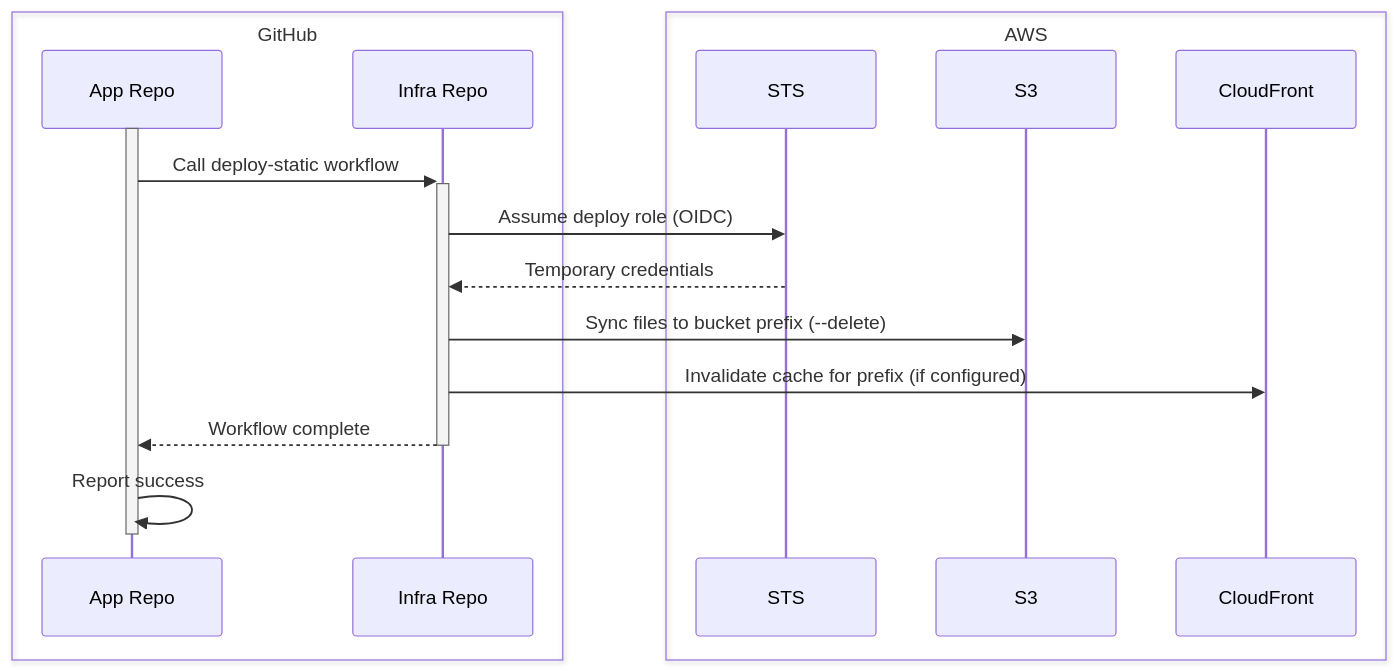
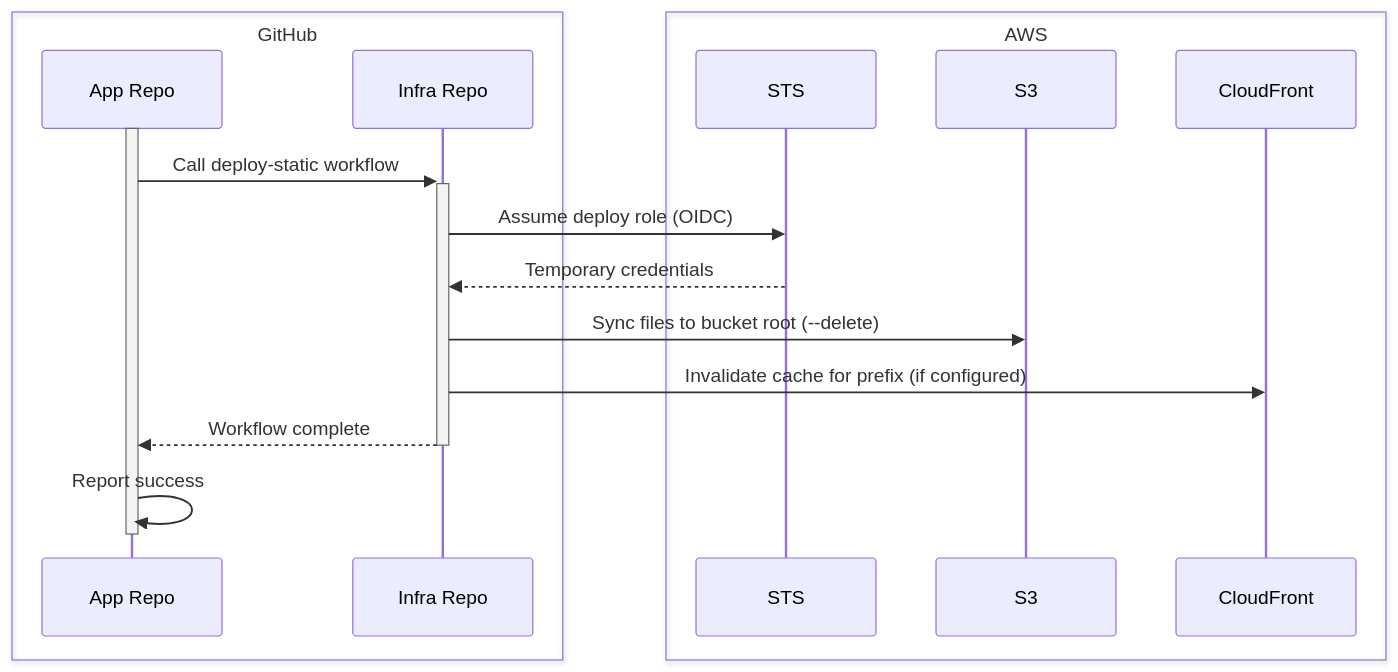
The diagram in docs/services/static/deployment-workflow.md (codeforamerica/shared-services-infra), drawn with Mermaid before and after one commit. The commit also changed other lines of this file and 1 other file, not shown here.

First line of the commit message:
docs(static): correct per-app bucket semantics in deployment docs

````diff
--- a/docs/services/static/deployment-workflow.md
+++ b/docs/services/static/deployment-workflow.md
@@ -76,22 +76,22 @@
 ```mermaid
 sequenceDiagram
   box GitHub
     participant AR as App Repo
     participant IR as Infra Repo
   end
   box AWS
     participant STS
     participant S3
     participant CF as CloudFront
   end
 
   activate AR
   AR->>+IR: Call deploy-static workflow
   IR->>STS: Assume deploy role (OIDC)
   STS-->>IR: Temporary credentials
-  IR->>S3: Sync files to bucket prefix (--delete)
+  IR->>S3: Sync files to bucket root (--delete)
   IR->>CF: Invalidate cache for prefix (if configured)
   IR-->>-AR: Workflow complete
   AR->>AR: Report success
   deactivate AR
 ```
````
